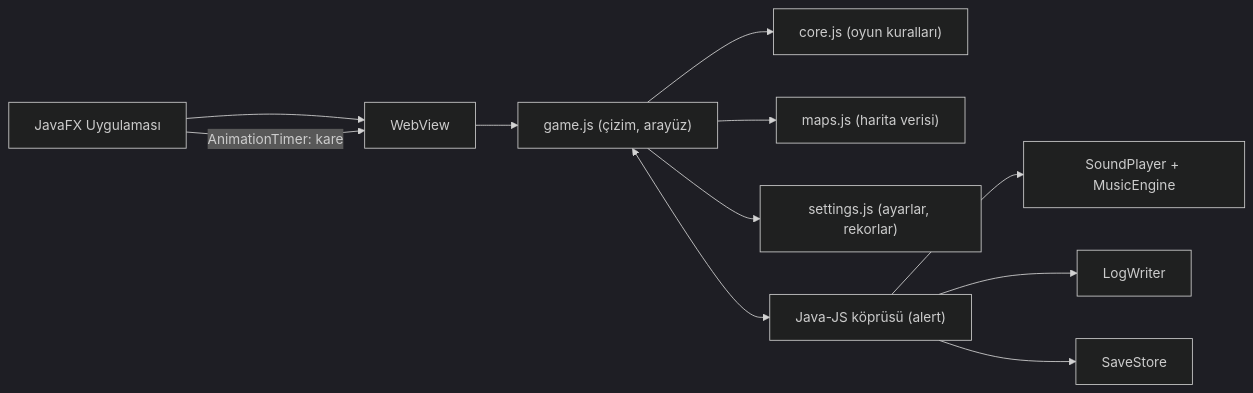
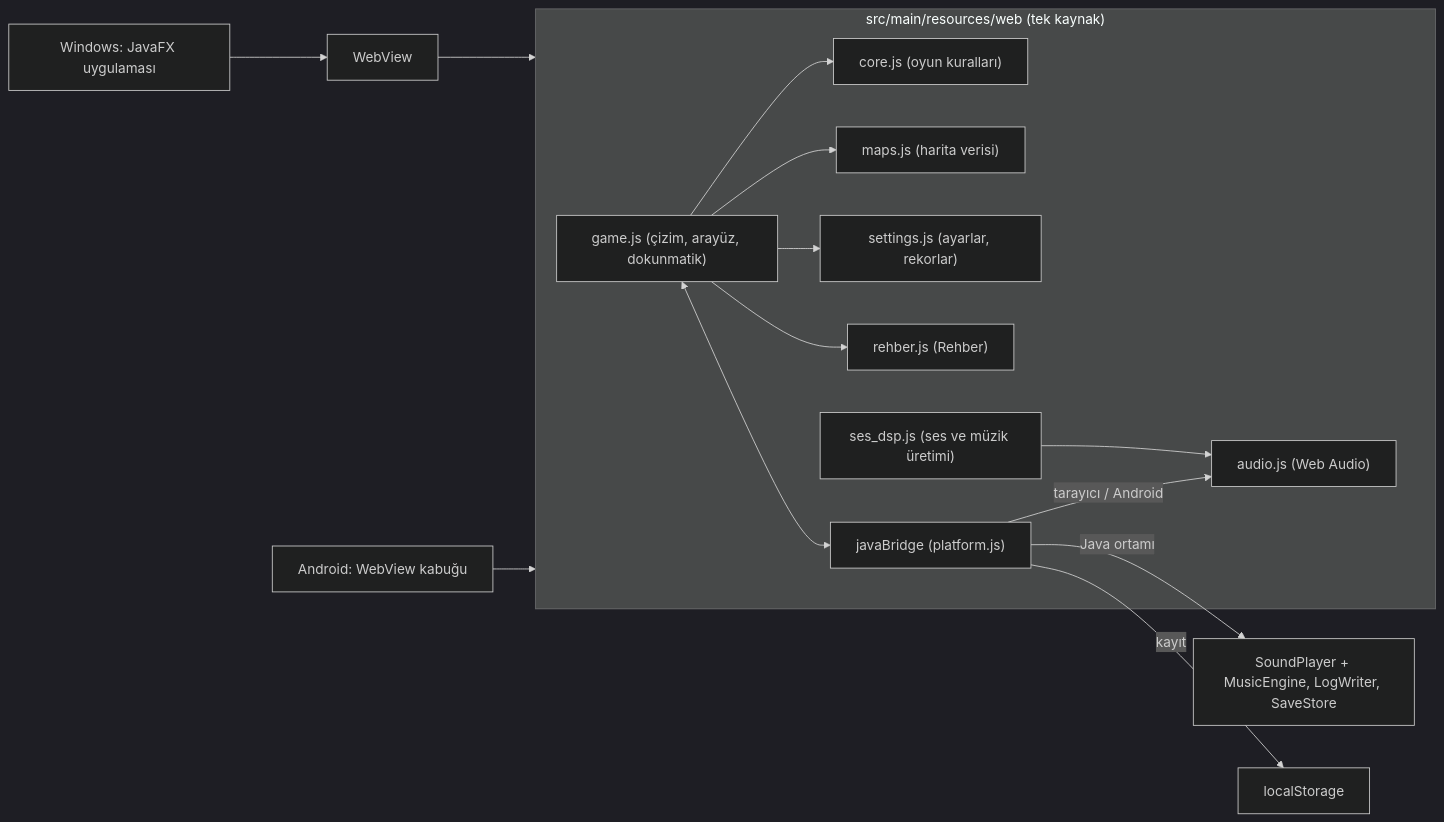
One commit to CaptainGM/su-alti-savunma-fx changed the diagram in README.md. Above: the diagram before and after it, drawn with Mermaid (dark theme). The commit also changed other lines of this file and 63 other files, not shown here.

````diff
--- a/README.md
+++ b/README.md
@@ -157,13 +174,17 @@
 ```mermaid
 flowchart LR
-    APP[JavaFX Uygulaması] --> WV[WebView]
-    APP -- "AnimationTimer: kare" --> WV
-    WV --> UI["game.js (çizim, arayüz)"]
-    UI --> CORE["core.js (oyun kuralları)"]
-    UI --> MAPS["maps.js (harita verisi)"]
-    UI --> SET["settings.js (ayarlar, rekorlar)"]
-    UI <--> BR["Java-JS köprüsü (alert)"]
-    BR --> SND[SoundPlayer + MusicEngine]
-    BR --> LOG[LogWriter]
-    BR --> SAVE[SaveStore]
+    subgraph web["src/main/resources/web (tek kaynak)"]
+        UI["game.js (çizim, arayüz, dokunmatik)"] --> CORE["core.js (oyun kuralları)"]
+        UI --> MAPS["maps.js (harita verisi)"]
+        UI --> SET["settings.js (ayarlar, rekorlar)"]
+        UI --> GUIDE["rehber.js (Rehber)"]
+        UI <--> BR["javaBridge (platform.js)"]
+        DSP["ses_dsp.js (ses ve müzik üretimi)"] --> AUD["audio.js (Web Audio)"]
+    end
+    DESK["Windows: JavaFX uygulaması"] --> WV[WebView]
+    WV --> web
+    BR -- "Java ortamı" --> SND["SoundPlayer + MusicEngine, LogWriter, SaveStore"]
+    BR -- "tarayıcı / Android" --> AUD
+    AND["Android: WebView kabuğu"] --> web
+    BR -- "kayıt" --> LS["localStorage"]
 ```
````
